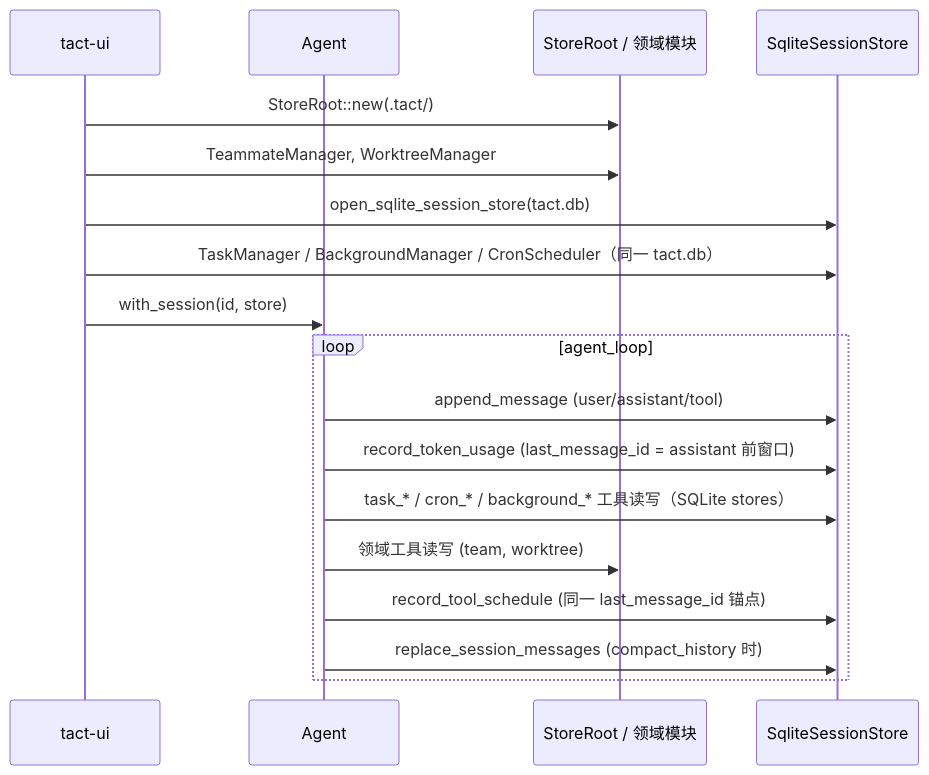
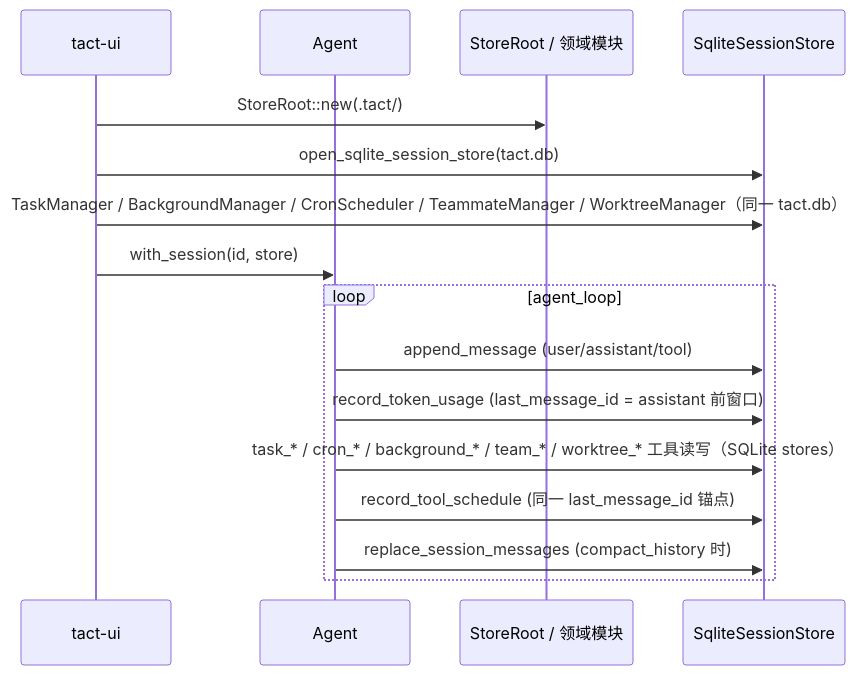
Before and after one commit to rust-infra/tact: the second of 2 diagrams in book/01_chapter_store_zh.md, drawn with Mermaid. The commit also changed other lines of this file and 20 other files, not shown here.

First line of the commit message:
feat(store): migrate team and worktree storage from JSON to SQLite

````diff
--- a/book/01_chapter_store_zh.md
+++ b/book/01_chapter_store_zh.md
@@ -175,22 +176,20 @@
 ```mermaid
 sequenceDiagram
     participant TUI as tact-ui
     participant Agent
     participant JSON as StoreRoot / 领域模块
     participant SQL as SqliteSessionStore
 
     TUI->>JSON: StoreRoot::new(.tact/)
-    TUI->>JSON: TeammateManager, WorktreeManager
     TUI->>SQL: open_sqlite_session_store(tact.db)
-    TUI->>SQL: TaskManager / BackgroundManager / CronScheduler（同一 tact.db）
+    TUI->>SQL: TaskManager / BackgroundManager / CronScheduler / TeammateManager / WorktreeManager（同一 tact.db）
     TUI->>Agent: with_session(id, store)
 
     loop agent_loop
         Agent->>SQL: append_message (user/assistant/tool)
         Agent->>SQL: record_token_usage (last_message_id = assistant 前窗口)
-        Agent->>SQL: task_* / cron_* / background_* 工具读写（SQLite stores）
-        Agent->>JSON: 领域工具读写 (team, worktree)
+        Agent->>SQL: task_* / cron_* / background_* / team_* / worktree_* 工具读写（SQLite stores）
         Agent->>SQL: record_tool_schedule (同一 last_message_id 锚点)
         Agent->>SQL: replace_session_messages (compact_history 时)
     end
 ```
````
